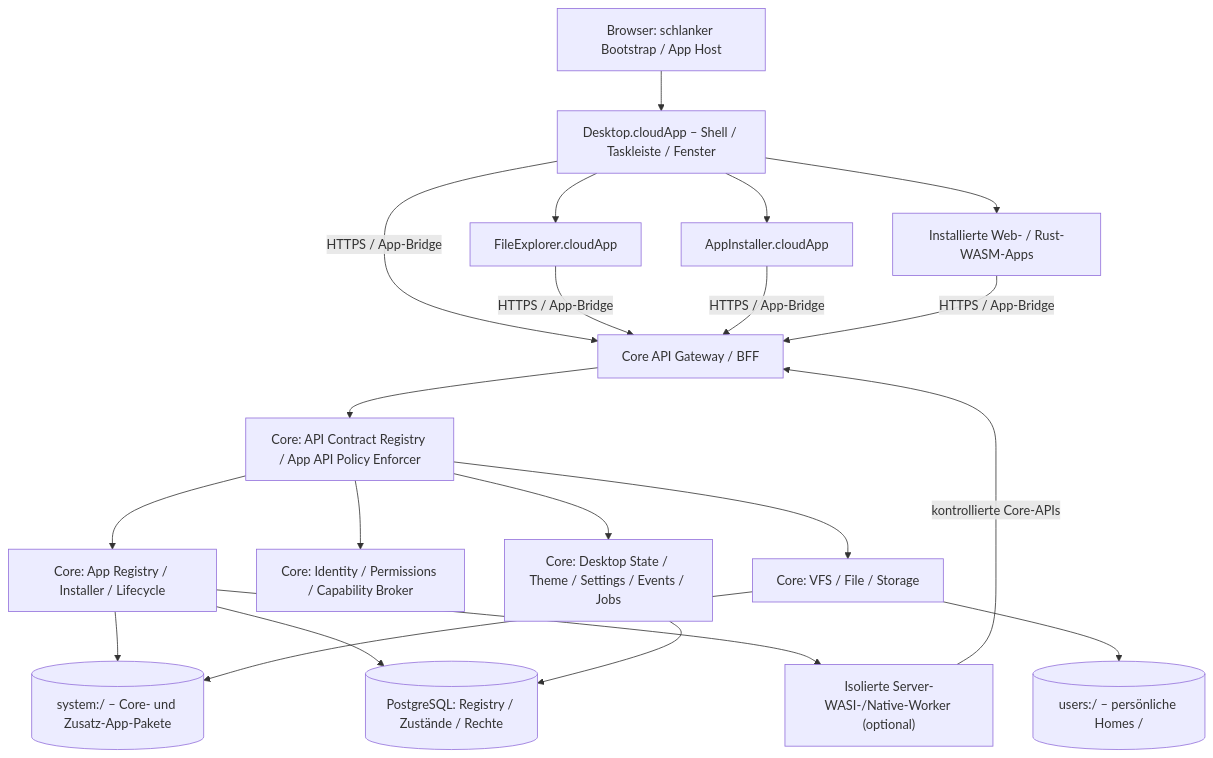
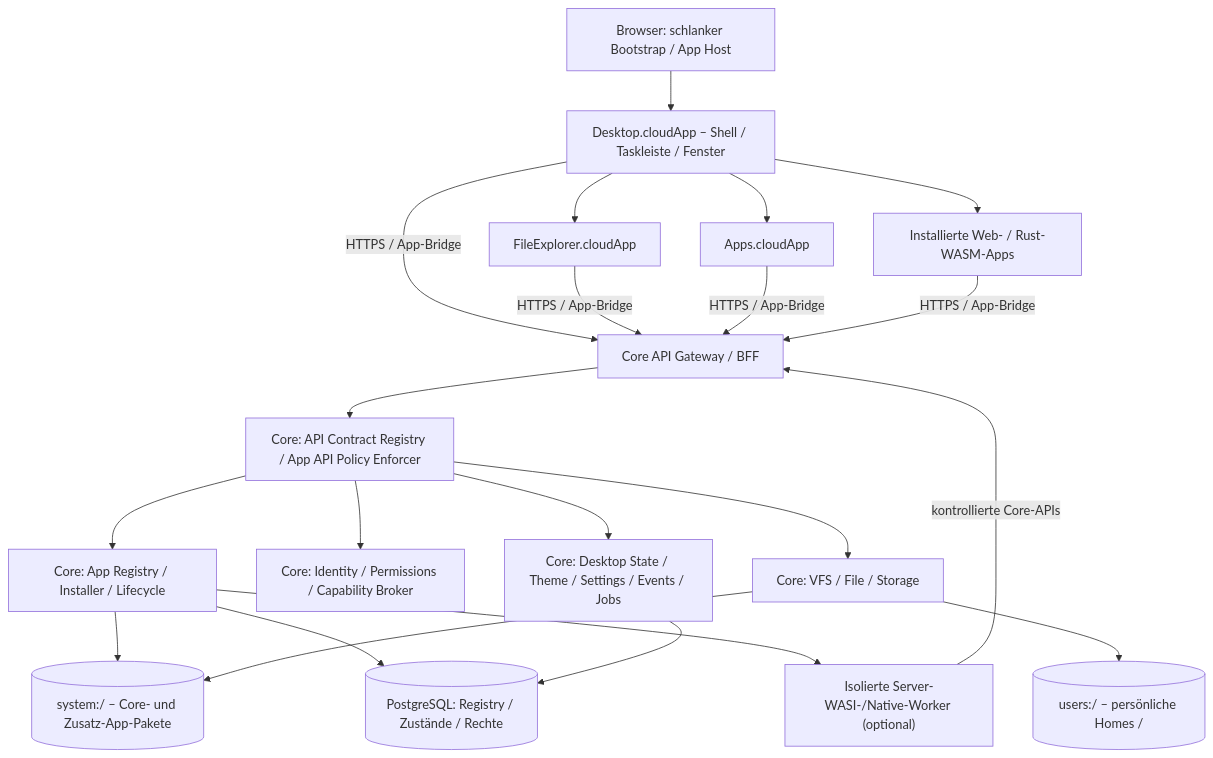
The first of 3 diagrams in docs/APPLICATION_SYSTEM.md (Drezael/cloudOS), drawn with Mermaid before and after one commit. The commit also changed other lines of this file and 15 other files, not shown here.

````diff
--- a/docs/APPLICATION_SYSTEM.md
+++ b/docs/APPLICATION_SYSTEM.md
@@ -79,35 +88,35 @@
 ```mermaid
 flowchart TB
     Browser["Browser: schlanker Bootstrap / App Host"]
     Desktop["Desktop.cloudApp – Shell / Taskleiste / Fenster"]
     Explorer["FileExplorer.cloudApp"]
-    Installer["AppInstaller.cloudApp"]
+    Installer["Apps.cloudApp"]
     UserApps["Installierte Web- / Rust-WASM-Apps"]
     GW["Core API Gateway / BFF"]
     APP["Core: App Registry / Installer / Lifecycle"]
     PERM["Core: Identity / Permissions / Capability Broker"]
     API["Core: API Contract Registry / App API Policy Enforcer"]
     FILE["Core: VFS / File / Storage"]
     OTHER["Core: Desktop State / Theme / Settings / Events / Jobs"]
     RUNTIME["Isolierte Server-WASI-/Native-Worker (optional)"]
     SYS[("system:/ – Core- und Zusatz-App-Pakete")]
     HOMES[("users:/ – persönliche Homes /")]
     DB[("PostgreSQL: Registry / Zustände / Rechte")]
     Browser --> Desktop
     Desktop --> Explorer
     Desktop --> Installer
     Desktop --> UserApps
     Desktop & Explorer & Installer & UserApps -->|HTTPS / App-Bridge| GW
     GW --> API
     API --> APP
     API --> PERM
     API --> FILE
     API --> OTHER
     APP --> SYS
     FILE --> SYS
     FILE --> HOMES
     APP --> DB
     OTHER --> DB
     APP --> RUNTIME
     RUNTIME -->|kontrollierte Core-APIs| GW
 ```
````
